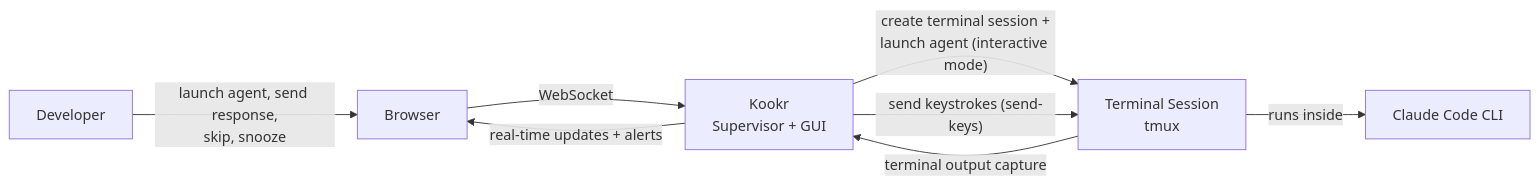
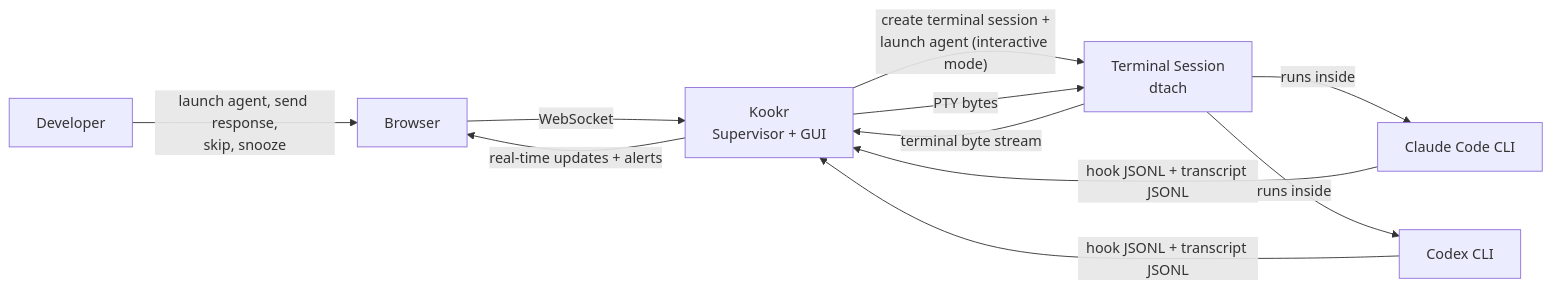
The diagram in docs/system-models/01-system-context.md (kookr-ai/kookr), drawn with Mermaid before and after one commit. The commit also changed other lines of this file and 23 other files, not shown here.

Commit message:
docs: reconcile architecture models with implementation

````diff
--- a/docs/system-models/01-system-context.md
+++ b/docs/system-models/01-system-context.md
@@ -9,16 +9,20 @@
 ```mermaid
 flowchart LR
   Dev[Developer]
   Kookr[Kookr<br/>Supervisor + GUI]
-  Term[Terminal Session<br/>tmux]
+  Term[Terminal Session<br/>dtach]
   CC[Claude Code CLI]
+  Codex[Codex CLI]
   Browser[Browser]
 
   Dev -->|"launch agent, send response,<br/>skip, snooze"| Browser
   Browser -->|WebSocket| Kookr
   Kookr -->|"create terminal session +<br/>launch agent (interactive mode)"| Term
   Term -->|"runs inside"| CC
-  Kookr -->|"send keystrokes (send-keys)"| Term
-  Term -->|"terminal output capture"| Kookr
+  Term -->|"runs inside"| Codex
+  Kookr -->|"PTY bytes"| Term
+  Term -->|"terminal byte stream"| Kookr
+  CC -->|"hook JSONL + transcript JSONL"| Kookr
+  Codex -->|"hook JSONL + transcript JSONL"| Kookr
   Kookr -->|"real-time updates + alerts"| Browser
 ```
````
